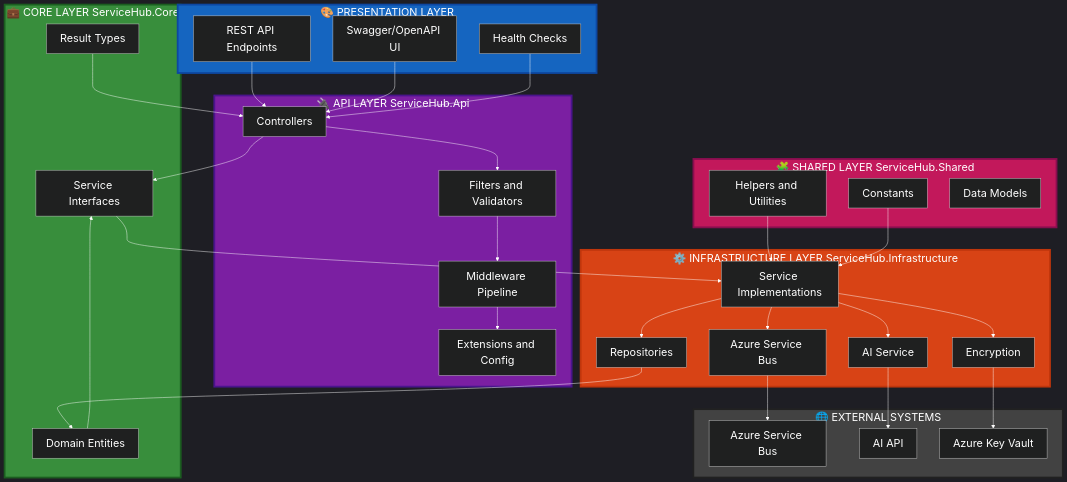
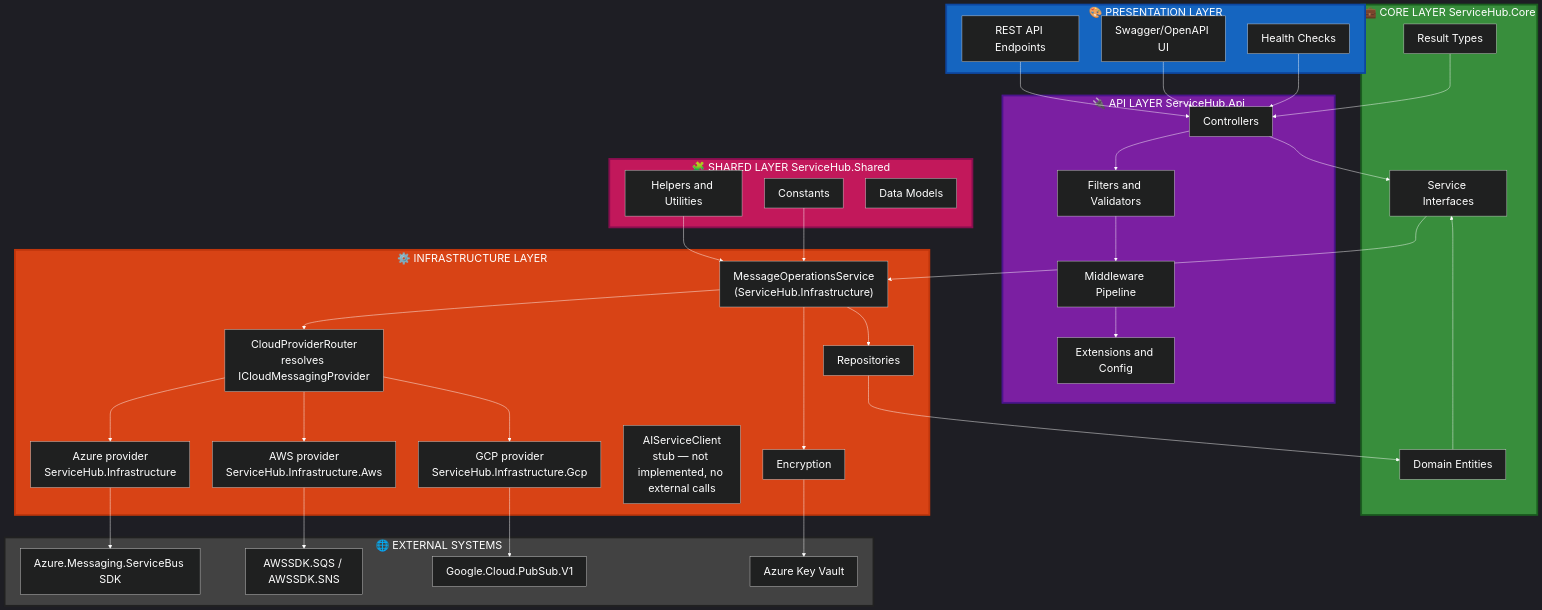
Before and after one commit to debdevops/servicehub: the first of 12 diagrams in services/api/ARCHITECTURE.md, drawn with Mermaid. The commit also changed other lines of this file and 9 other files, not shown here.

First line of the commit message:
Enhance documentation and security measures; refactor architecture for multi-cloud support

````diff
--- a/services/api/ARCHITECTURE.md
+++ b/services/api/ARCHITECTURE.md
@@ -36,10 +36,13 @@
         RESULT["Result Types"]
     end
 
-    subgraph Infrastructure["⚙️ INFRASTRUCTURE LAYER ServiceHub.Infrastructure"]
-        IMPL["Service Implementations"]
-        SB["Azure Service Bus"]
-        AI["AI Service"]
+    subgraph Infrastructure["⚙️ INFRASTRUCTURE LAYER"]
+        IMPL["MessageOperationsService<br/>(ServiceHub.Infrastructure)"]
+        ROUTER["CloudProviderRouter<br/>resolves ICloudMessagingProvider"]
+        SB["Azure provider<br/>ServiceHub.Infrastructure"]
+        AWSP["AWS provider<br/>ServiceHub.Infrastructure.Aws"]
+        GCPP["GCP provider<br/>ServiceHub.Infrastructure.Gcp"]
+        AI["AIServiceClient<br/>stub — not implemented, no external calls"]
         REPO["Repositories"]
         CRYPTO["Encryption"]
     end
@@ -51,8 +54,9 @@
     end
 
     subgraph External["🌐 EXTERNAL SYSTEMS"]
-        ASB["Azure Service Bus"]
-        AIAPI["AI API"]
+        ASB["Azure.Messaging.ServiceBus SDK"]
+        AWSSDK["AWSSDK.SQS / AWSSDK.SNS"]
+        GCPSDK["Google.Cloud.PubSub.V1"]
         KV["Azure Key Vault"]
     end
 
@@ -64,17 +68,20 @@
     FILTER --> MIDDLEWARE
     MIDDLEWARE --> EXT
     INTERFACE --> IMPL
+    IMPL --> ROUTER
+    ROUTER --> SB
+    ROUTER --> AWSP
+    ROUTER --> GCPP
     IMPL --> REPO
     IMPL --> CRYPTO
-    IMPL --> SB
-    IMPL --> AI
     ENTITY --> INTERFACE
     RESULT --> CTRL
     HELPER --> IMPL
     CONST --> IMPL
     REPO --> ENTITY
     SB --> ASB
-    AI --> AIAPI
+    AWSP --> AWSSDK
+    GCPP --> GCPSDK
     CRYPTO --> KV
 
     style Presentation fill:#1565c0,stroke:#0d47a1,stroke-width:4px,color:#fff
@@ -94,7 +101,10 @@
     style INTERFACE color:#fff
     style RESULT color:#fff
     style IMPL color:#fff
+    style ROUTER color:#fff
     style SB color:#fff
+    style AWSP color:#fff
+    style GCPP color:#fff
     style AI color:#fff
     style REPO color:#fff
     style CRYPTO color:#fff
@@ -102,6 +112,7 @@
     style HELPER color:#fff
     style MODEL color:#fff
     style ASB color:#fff
-    style AIAPI color:#fff
+    style AWSSDK color:#fff
+    style GCPSDK color:#fff
     style KV color:#fff
 ```
````
